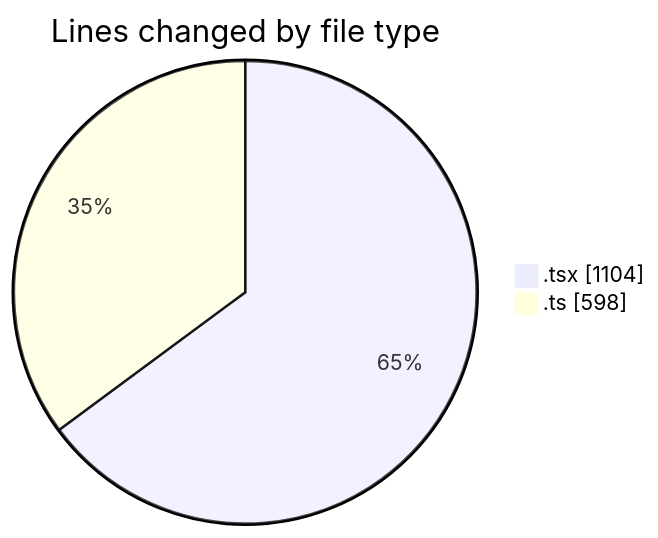
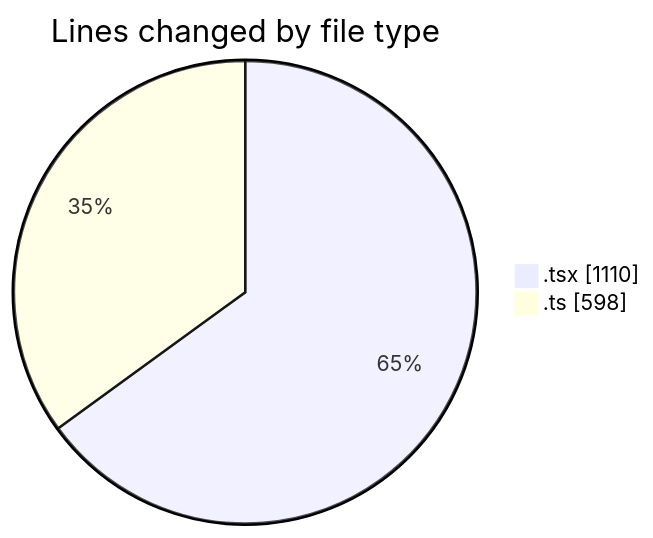
One commit to JenPaints/code-tracking changed the first of 2 diagrams in 2025-07-26/cohera/README.md. Above: the diagram before and after it, drawn with Mermaid. The commit also changed other lines of this file and 1 other file, not shown here.

````diff
--- a/2025-07-26/cohera/README.md
+++ b/2025-07-26/cohera/README.md
@@ -27,6 +27,6 @@
 ```mermaid
 pie showData
 title Lines changed by file type
-".tsx" : 1104
+".tsx" : 1110
 ".ts" : 598
 ```
````
